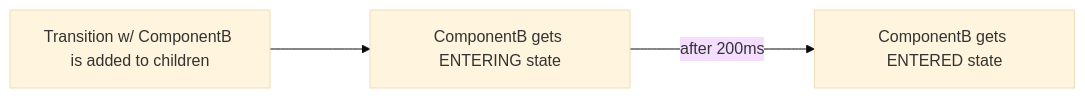
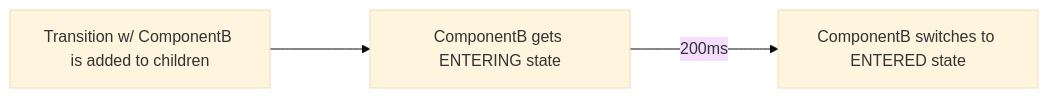
One commit to dictybase-playground/stateful-button-demo changed the first of 2 diagrams in Transition_Approach.md. Above: the diagram before and after it, drawn with Mermaid (base theme). The commit also changed other lines of this file and 2 other files, not shown here.

````diff
--- a/Transition_Approach.md
+++ b/Transition_Approach.md
@@ -38,7 +36,7 @@
 ```mermaid
     flowchart LR
         first[Transition w/ ComponentB is added to children]
         ---> second[ComponentB gets ENTERING state]
-        -- after 200ms ---> third[ComponentB gets ENTERED state]
+        --  200ms ---> third[ComponentB switches to ENTERED state]
 
 ```
````
